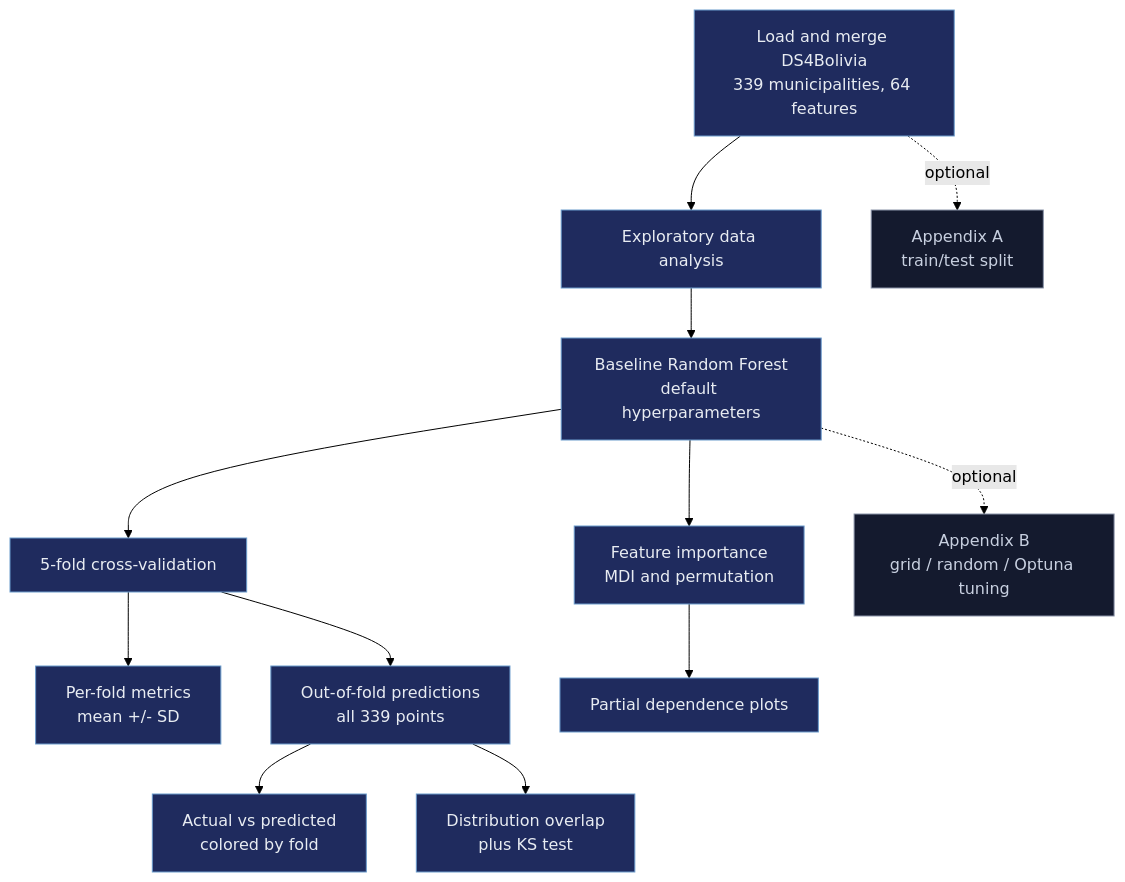
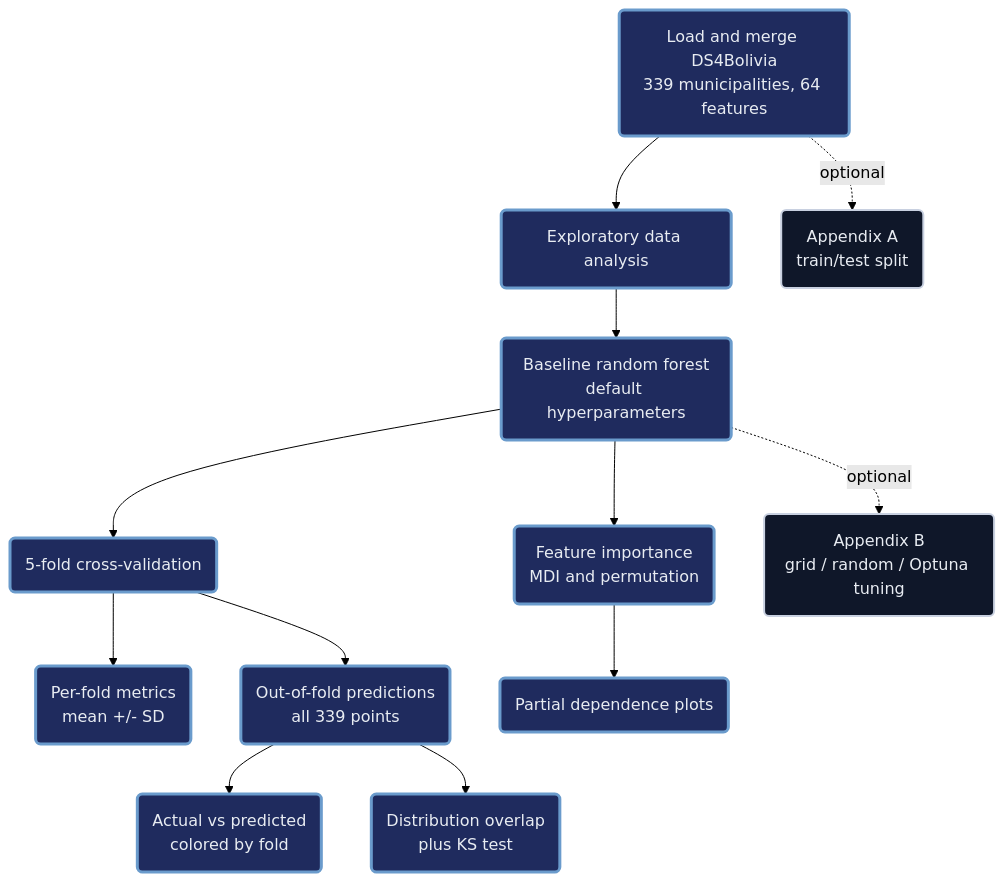
Before and after one commit to cmg777/starter-academic-v501: the first of 2 diagrams in content/post/python_ml_random_forest/index.md, drawn with Mermaid (forest theme). The commit also changed other lines of this file and 9 other files, not shown here.

First line of the commit message:
content(mermaid): restyle flowcharts in Python posts, batch 2 of 2

````diff
--- a/content/post/python_ml_random_forest/index.md
+++ b/content/post/python_ml_random_forest/index.md
@@ -83,18 +83,18 @@
 ```mermaid
 graph TD
-    A["Load and merge DS4Bolivia<br/>339 municipalities, 64 features"] --> B["Exploratory data analysis"]
-    B --> C["Baseline Random Forest<br/>default hyperparameters"]
-    C --> D["5-fold cross-validation"]
-    D --> E["Per-fold metrics<br/>mean +/- SD"]
-    D --> F["Out-of-fold predictions<br/>all 339 points"]
-    F --> G["Actual vs predicted<br/>colored by fold"]
-    F --> H["Distribution overlap<br/>plus KS test"]
-    C --> I["Feature importance<br/>MDI and permutation"]
-    I --> J["Partial dependence plots"]
-    A -.optional.-> K["Appendix A<br/>train/test split"]
-    C -.optional.-> L["Appendix B<br/>grid / random / Optuna tuning"]
-    classDef box fill:#1f2b5e,stroke:#6a9bcc,stroke-width:1px,color:#e8ecf2;
-    classDef appendix fill:#141a2e,stroke:#8a93a8,stroke-width:1px,color:#c8d0e0;
+    A("Load and merge DS4Bolivia<br/>339 municipalities, 64 features") --> B("Exploratory data analysis")
+    B --> C("Baseline random forest<br/>default hyperparameters")
+    C --> D("5-fold cross-validation")
+    D --> E("Per-fold metrics<br/>mean +/- SD")
+    D --> F("Out-of-fold predictions<br/>all 339 points")
+    F --> G("Actual vs predicted<br/>colored by fold")
+    F --> H("Distribution overlap<br/>plus KS test")
+    C --> I("Feature importance<br/>MDI and permutation")
+    I --> J("Partial dependence plots")
+    A -.optional.-> K("Appendix A<br/>train/test split")
+    C -.optional.-> L("Appendix B<br/>grid / random / Optuna tuning")
+    classDef box fill:#1f2b5e,stroke:#6a9bcc,stroke-width:3px,color:#e8ecf2
+    classDef appendix fill:#0f1729,stroke:#c8d0e0,stroke-width:2px,color:#e8ecf2
     class A,B,C,D,E,F,G,H,I,J box;
     class K,L appendix;
 ```
````
